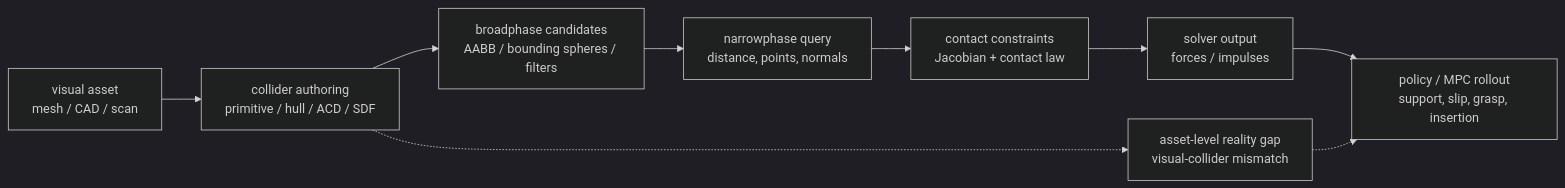
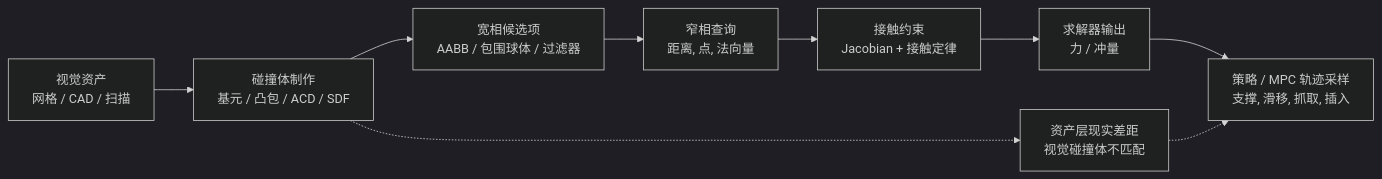
One commit to niuverse/llm-wiki changed the diagram in wiki/concepts/CollisionGeometryForRobotSimulation.md. Above: the diagram before and after it, drawn with Mermaid (dark theme). The commit also changed other lines of this file and 123 other files, not shown here.

````diff
--- a/wiki/concepts/CollisionGeometryForRobotSimulation.md
+++ b/wiki/concepts/CollisionGeometryForRobotSimulation.md
@@ -47,11 +47,11 @@
 ```mermaid
 flowchart LR
-  A["visual asset<br/>mesh / CAD / scan"] --> B["collider authoring<br/>primitive / hull / ACD / SDF"]
-  B --> C["broadphase candidates<br/>AABB / bounding spheres / filters"]
-  C --> D["narrowphase query<br/>distance, points, normals"]
-  D --> E["contact constraints<br/>Jacobian + contact law"]
-  E --> F["solver output<br/>forces / impulses"]
-  F --> G["policy / MPC rollout<br/>support, slip, grasp, insertion"]
-  B -.-> H["asset-level reality gap<br/>visual-collider mismatch"]
+  A["视觉资产<br/>网格 / CAD / 扫描"] --> B["碰撞体制作<br/>基元 / 凸包 / ACD / SDF"]
+  B --> C["宽相候选项<br/>AABB / 包围球体 / 过滤器"]
+  C --> D["窄相查询<br/>距离, 点, 法向量"]
+  D --> E["接触约束<br/>Jacobian + 接触定律"]
+  E --> F["求解器输出<br/>力 / 冲量"]
+  F --> G["策略 / MPC 轨迹采样<br/>支撑, 滑移, 抓取, 插入"]
+  B -.-> H["资产层现实差距<br/>视觉碰撞体不匹配"]
   H -.-> G
 ```
````
